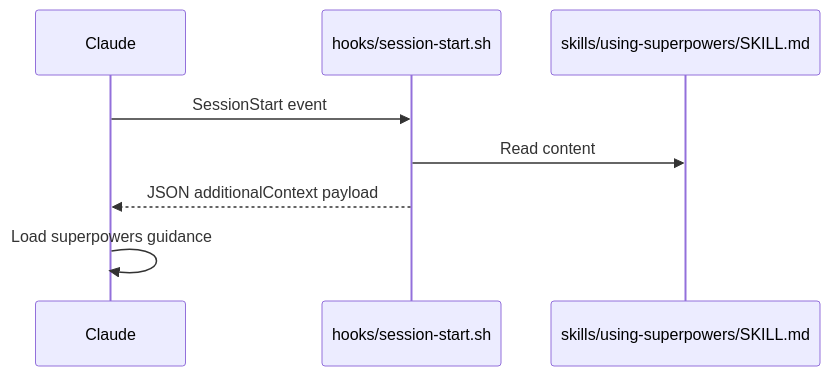
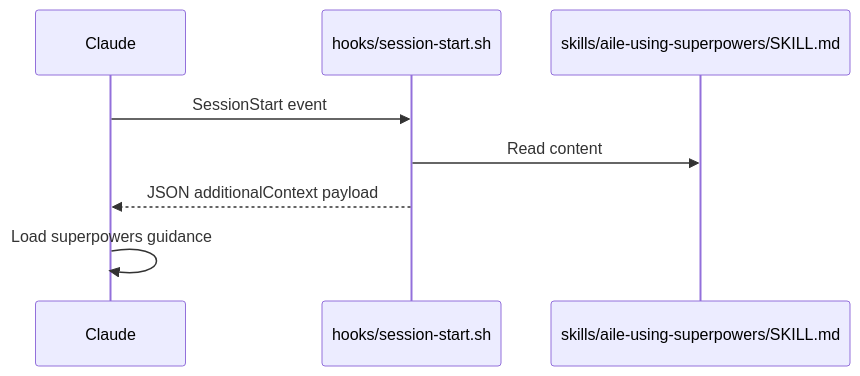
Before and after one commit to zhucl1006/ailesuperpowers: the second of 3 diagrams in docs/specs/SAD.md, drawn with Mermaid. The commit also changed other lines of this file and 72 other files, not shown here.

````diff
--- a/docs/specs/SAD.md
+++ b/docs/specs/SAD.md
@@ -72,10 +72,10 @@
 ```mermaid
 sequenceDiagram
     participant Claude
     participant Hook as hooks/session-start.sh
-    participant Skill as skills/using-superpowers/SKILL.md
+    participant Skill as skills/aile-using-superpowers/SKILL.md
     Claude->>Hook: SessionStart event
     Hook->>Skill: Read content
     Hook-->>Claude: JSON additionalContext payload
     Claude->>Claude: Load superpowers guidance
 ```
````
